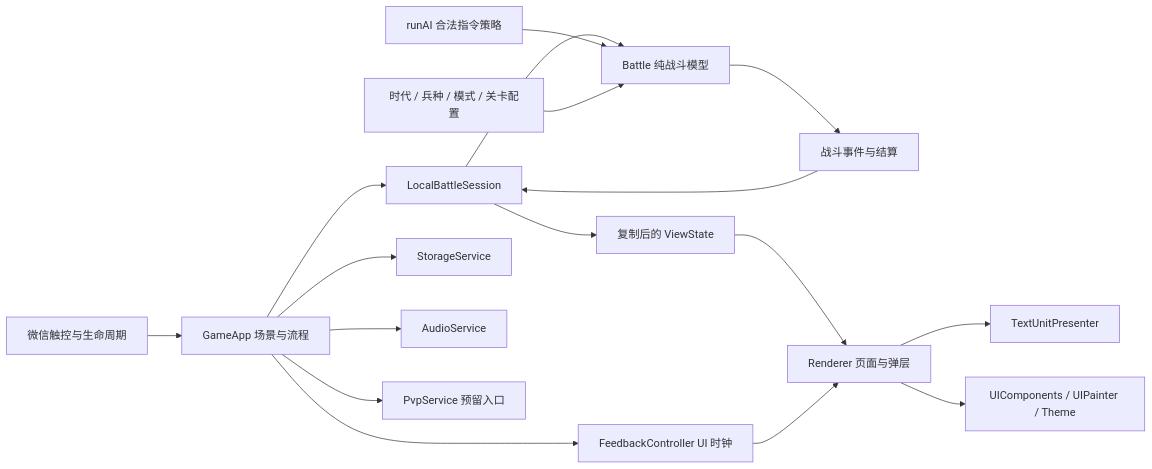
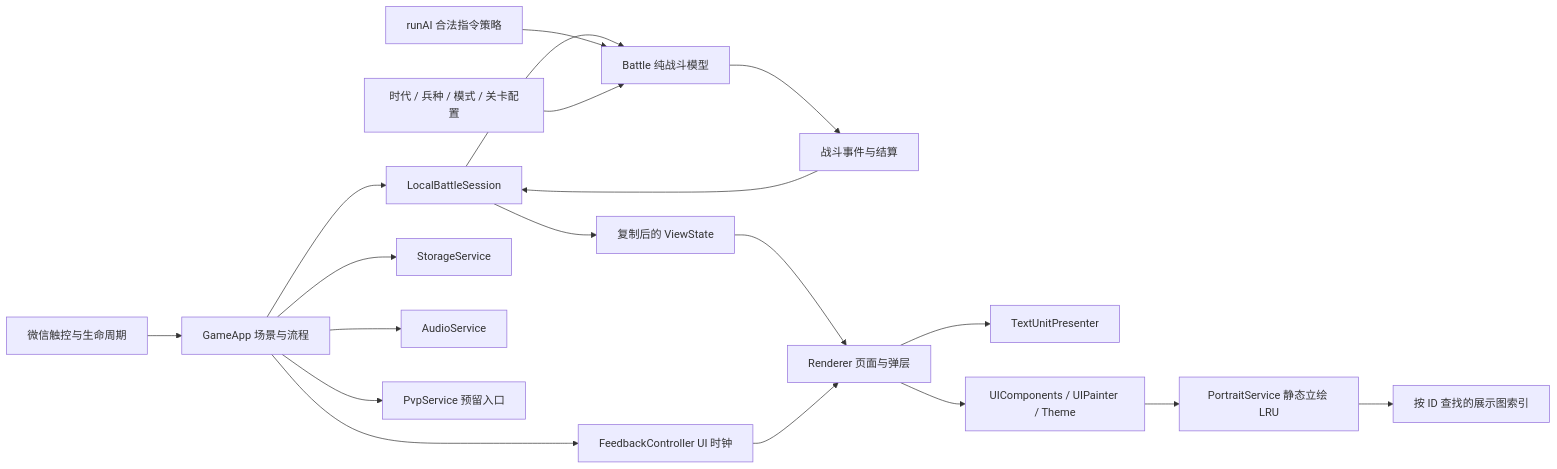
The diagram in introduction/architecture.md (Arcticalm/The-development-of-war), drawn with Mermaid before and after one commit. The commit also changed other lines of this file and 196 other files, not shown here.

Commit message:
静态图片已经全部导入

````diff
--- a/introduction/architecture.md
+++ b/introduction/architecture.md
@@ -9,19 +9,21 @@
 ```mermaid
 flowchart LR
     WX[微信触控与生命周期] --> App[GameApp 场景与流程]
     App --> Session[LocalBattleSession]
     Session --> Battle[Battle 纯战斗模型]
     AI[runAI 合法指令策略] --> Battle
     Config[时代 / 兵种 / 模式 / 关卡配置] --> Battle
     Battle --> Events[战斗事件与结算]
     Events --> Session
     Session --> View[复制后的 ViewState]
     View --> Renderer[Renderer 页面与弹层]
     Renderer --> Presenter[TextUnitPresenter]
     Renderer --> Components[UIComponents / UIPainter / Theme]
+    Components --> Portraits[PortraitService 静态立绘 LRU]
+    Portraits --> Index[按 ID 查找的展示图索引]
     App --> Feedback[FeedbackController UI 时钟]
     Feedback --> Renderer
     App --> Storage[StorageService]
     App --> Audio[AudioService]
     App --> Pvp[PvpService 预留入口]
 ```
````
